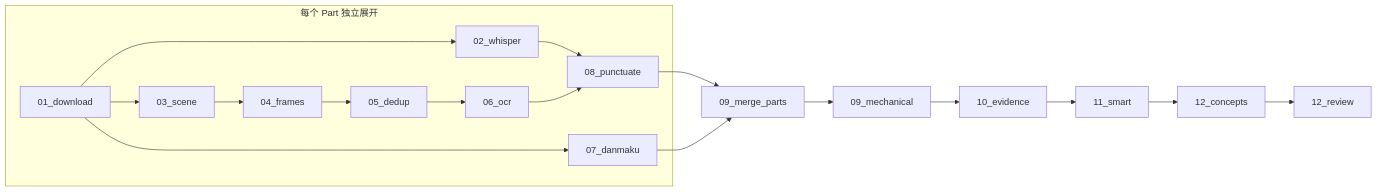
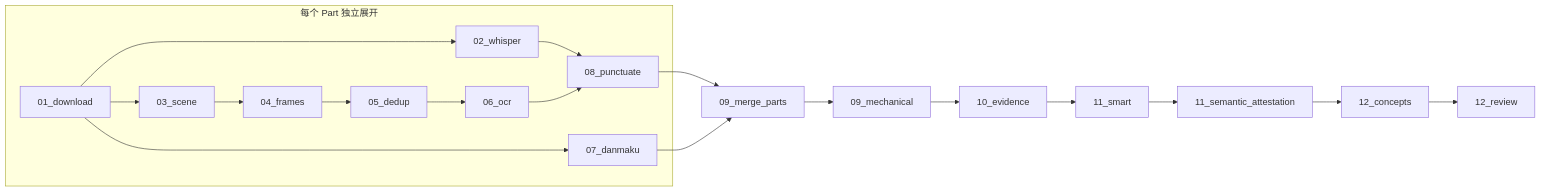
Before and after one commit to Gwzlchn/Flori: the diagram in docs/04-module-design/steps-video.md, drawn with Mermaid. The commit also changed other lines of this file and 18 other files, not shown here.

````diff
--- a/docs/04-module-design/steps-video.md
+++ b/docs/04-module-design/steps-video.md
@@ -7,12 +7,12 @@
 ```mermaid
 graph LR
     subgraph Part["每个 Part 独立展开"]
       DL["01_download"] --> Scene["03_scene"] --> Frames["04_frames"] --> Dedup["05_dedup"] --> OCR["06_ocr"]
       DL --> Whisper["02_whisper"] --> Punctuate["08_punctuate"]
       OCR --> Punctuate
       DL --> Danmaku["07_danmaku"]
     end
     Punctuate --> Merge["09_merge_parts"]
     Danmaku --> Merge
-    Merge --> Mechanical["09_mechanical"] --> Evidence["10_evidence"] --> Smart["11_smart"] --> Concepts["12_concepts"] --> Review["12_review"]
+    Merge --> Mechanical["09_mechanical"] --> Evidence["10_evidence"] --> Smart["11_smart"] --> Attestation["11_semantic_attestation"] --> Concepts["12_concepts"] --> Review["12_review"]
 ```
````
